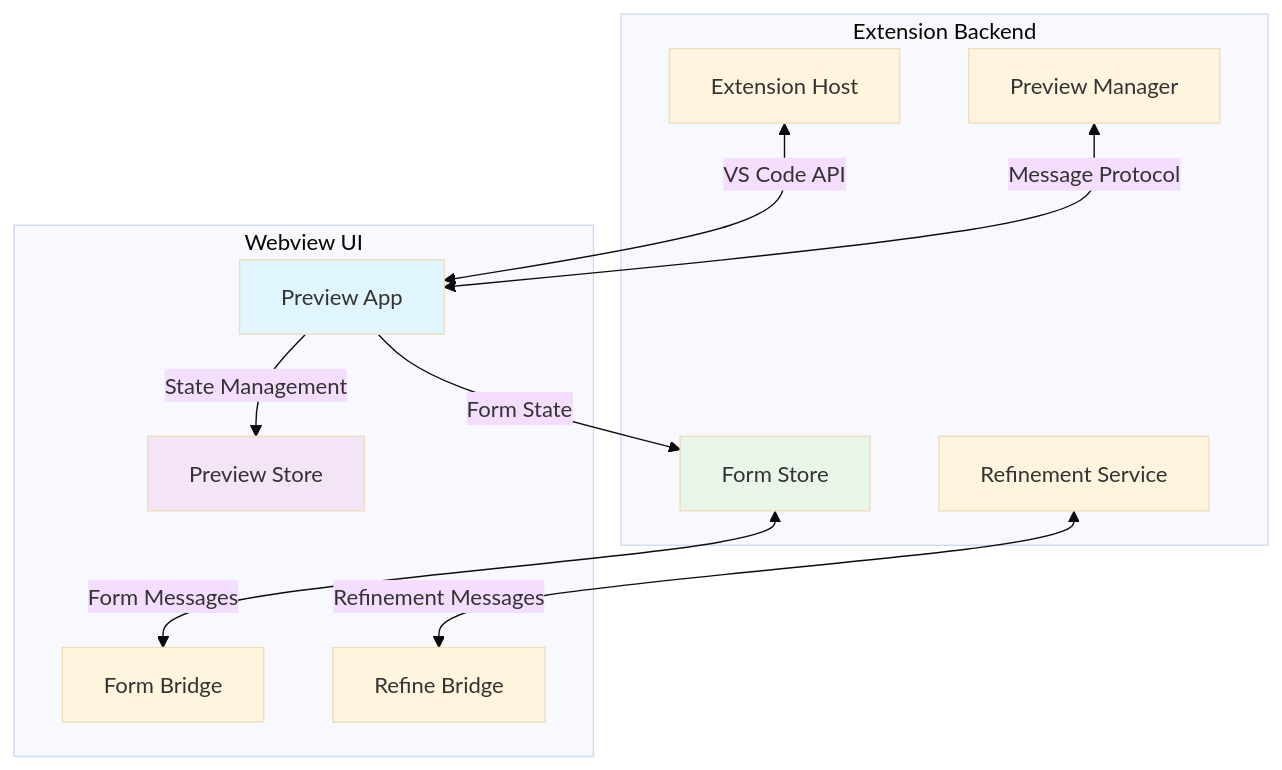
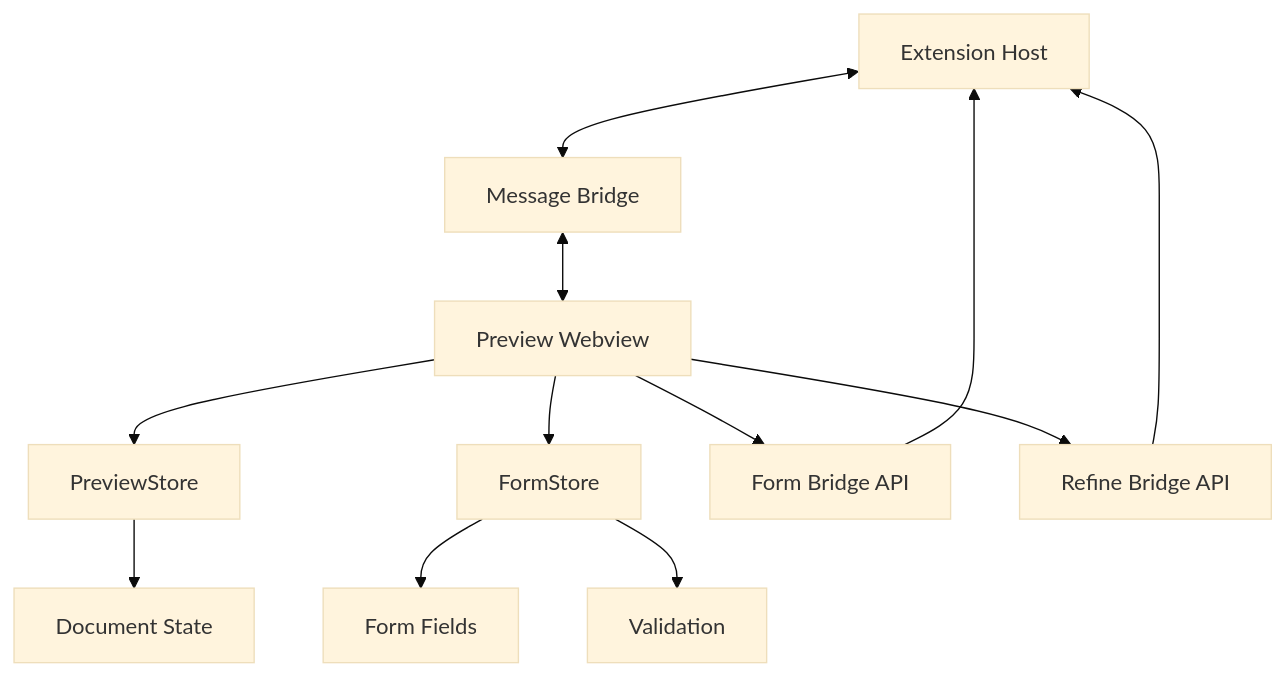
The first of 6 diagrams in docs/preview_system.md (eitatech/gatomia-vscode), drawn with Mermaid (base theme) before and after one commit. The commit also changed other lines of this file and 11 other files, not shown here.

First line of the commit message:
Remove old documentation files and implement unit tests for DocumentPreviewService

````diff
--- a/docs/preview_system.md
+++ b/docs/preview_system.md
@@ -16,28 +23,18 @@
 ```mermaid
 graph TB
-    subgraph "Extension Backend"
-        E[Extension Host]
-        PM[Preview Manager]
-        FS[Form Service]
-        RS[Refinement Service]
-    end
+    Extension[Extension Host] <--> Bridge[Message Bridge]
+    Bridge <--> Webview[Preview Webview]
     
-    subgraph "Webview UI"
-        PA[Preview App]
-        PS[Preview Store]
-        FS[Form Store]
-        FB[Form Bridge]
-        RB[Refine Bridge]
-    end
+    Webview --> PreviewStore[PreviewStore]
+    Webview --> FormStore[FormStore]
     
-    E <-->|VS Code API| PA
-    PM <-->|Message Protocol| PA
-    FS <-->|Form Messages| FB
-    RS <-->|Refinement Messages| RB
-    PA -->|State Management| PS
-    PA -->|Form State| FS
+    PreviewStore --> Document[Document State]
+    FormStore --> Fields[Form Fields]
+    FormStore --> Validation[Validation]
     
-    style PA fill:#e1f5fe
-    style PS fill:#f3e5f5
-    style FS fill:#e8f5e8
+    Webview --> FormBridge[Form Bridge API]
+    Webview --> RefineBridge[Refine Bridge API]
+    
+    FormBridge --> Extension
+    RefineBridge --> Extension
 ```
````
